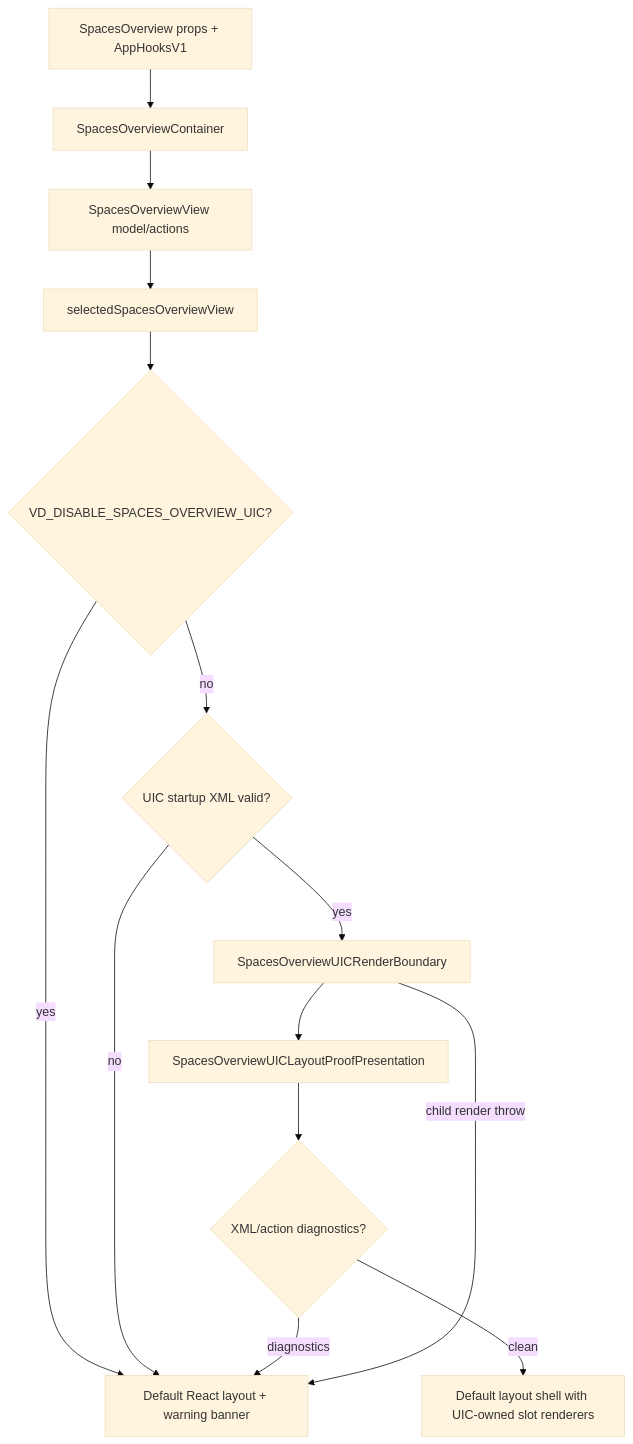
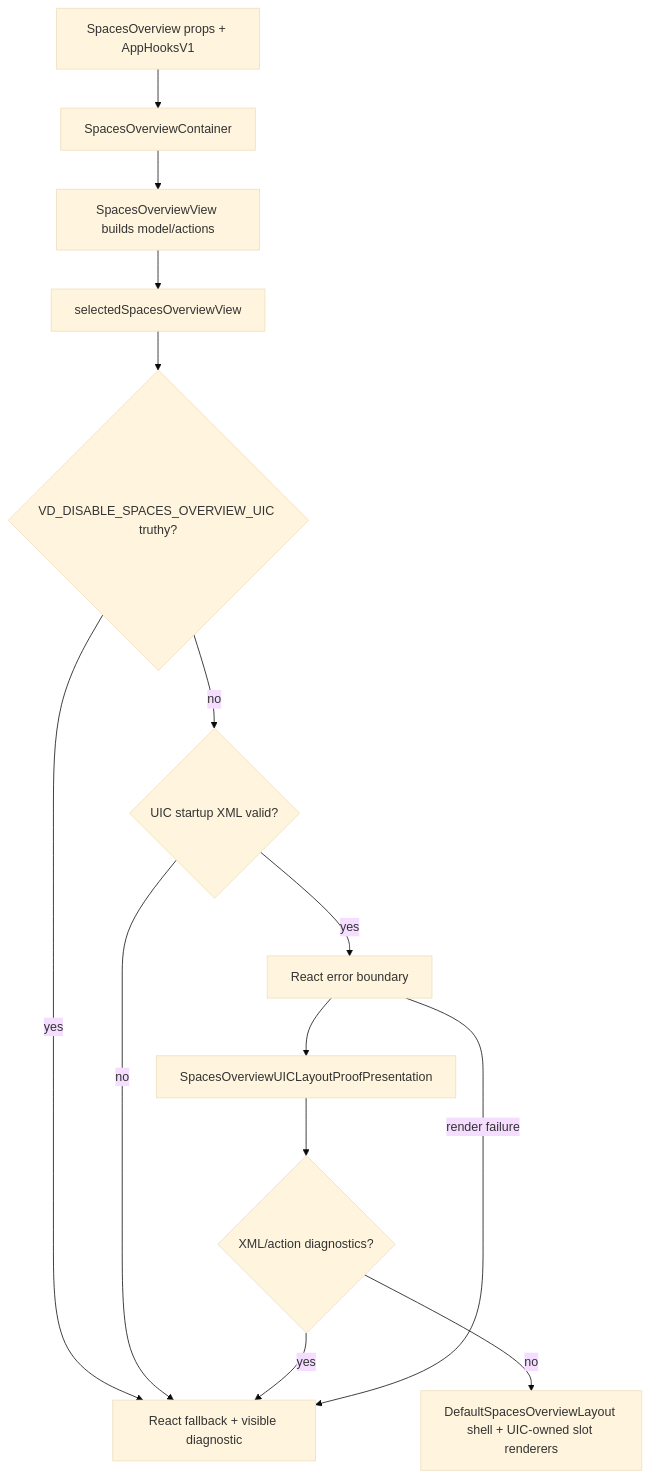
Before and after one commit to vibe-dashboard/vibe-dashboard: the diagram in docs/spaces-overview-uic-parity-plan.md, drawn with Mermaid (base theme). The commit also changed other lines of this file, not shown here.

Commit message:
Revise SpacesOverview UIC parity plan

````diff
--- a/docs/spaces-overview-uic-parity-plan.md
+++ b/docs/spaces-overview-uic-parity-plan.md
@@ -35,16 +39,16 @@
 ```mermaid
 flowchart TD
   A[SpacesOverview props + AppHooksV1] --> B[SpacesOverviewContainer]
-  B --> C[SpacesOverviewView model/actions]
+  B --> C[SpacesOverviewView builds model/actions]
   C --> D[selectedSpacesOverviewView]
-  D --> E{VD_DISABLE_SPACES_OVERVIEW_UIC?}
-  E -- yes --> R[Default React layout + warning banner]
+  D --> E{VD_DISABLE_SPACES_OVERVIEW_UIC truthy?}
+  E -- yes --> R[React fallback + visible diagnostic]
   E -- no --> F{UIC startup XML valid?}
   F -- no --> R
-  F -- yes --> G[SpacesOverviewUICRenderBoundary]
+  F -- yes --> G[React error boundary]
   G --> H[SpacesOverviewUICLayoutProofPresentation]
   H --> I{XML/action diagnostics?}
-  I -- diagnostics --> R
-  I -- clean --> J[Default layout shell with UIC-owned slot renderers]
-  G -- child render throw --> R
+  I -- yes --> R
+  I -- no --> J[DefaultSpacesOverviewLayout shell + UIC-owned slot renderers]
+  G -- render failure --> R
 ```
````
